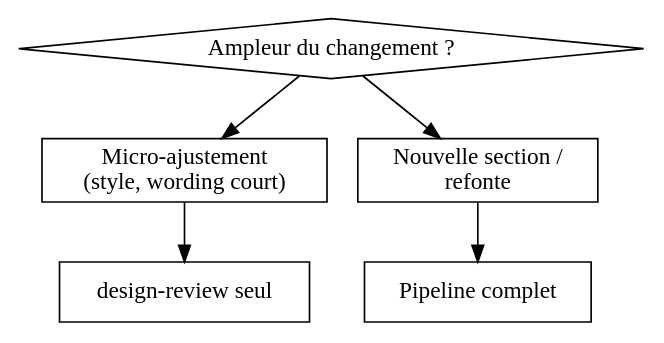
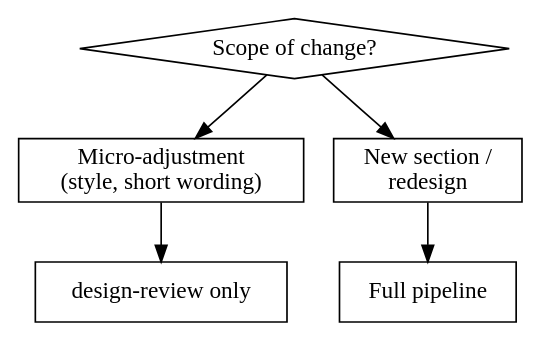
Before and after one commit to vigreux-joel/portfolio: the diagram in .agents/plugins/ux-guidelines/skills/design-feature/SKILL.md, drawn with Graphviz. The commit also changed other lines of this file and 11 other files, not shown here.

````diff
--- a/.agents/plugins/ux-guidelines/skills/design-feature/SKILL.md
+++ b/.agents/plugins/ux-guidelines/skills/design-feature/SKILL.md
@@ -17,13 +17,13 @@
 ```dot
 digraph routing {
-  "Ampleur du changement ?" [shape=diamond];
-  "Micro-ajustement\n(style, wording court)" [shape=box];
-  "Nouvelle section /\nrefonte" [shape=box];
-  "design-review seul" [shape=box];
-  "Pipeline complet" [shape=box];
-  "Ampleur du changement ?" -> "Micro-ajustement\n(style, wording court)";
-  "Ampleur du changement ?" -> "Nouvelle section /\nrefonte";
-  "Micro-ajustement\n(style, wording court)" -> "design-review seul";
-  "Nouvelle section /\nrefonte" -> "Pipeline complet";
+  "Scope of change?" [shape=diamond];
+  "Micro-adjustment\n(style, short wording)" [shape=box];
+  "New section /\nredesign" [shape=box];
+  "design-review only" [shape=box];
+  "Full pipeline" [shape=box];
+  "Scope of change?" -> "Micro-adjustment\n(style, short wording)";
+  "Scope of change?" -> "New section /\nredesign";
+  "Micro-adjustment\n(style, short wording)" -> "design-review only";
+  "New section /\nredesign" -> "Full pipeline";
 }
 ```
````
